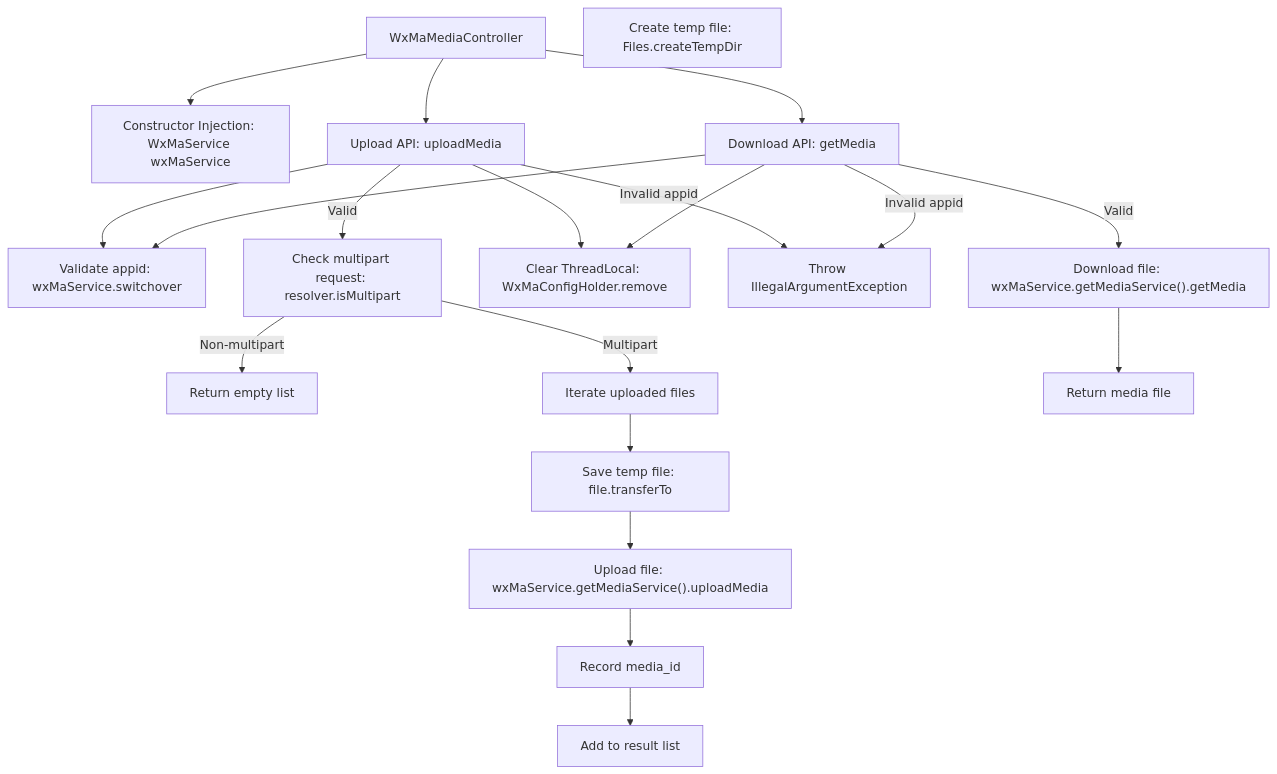
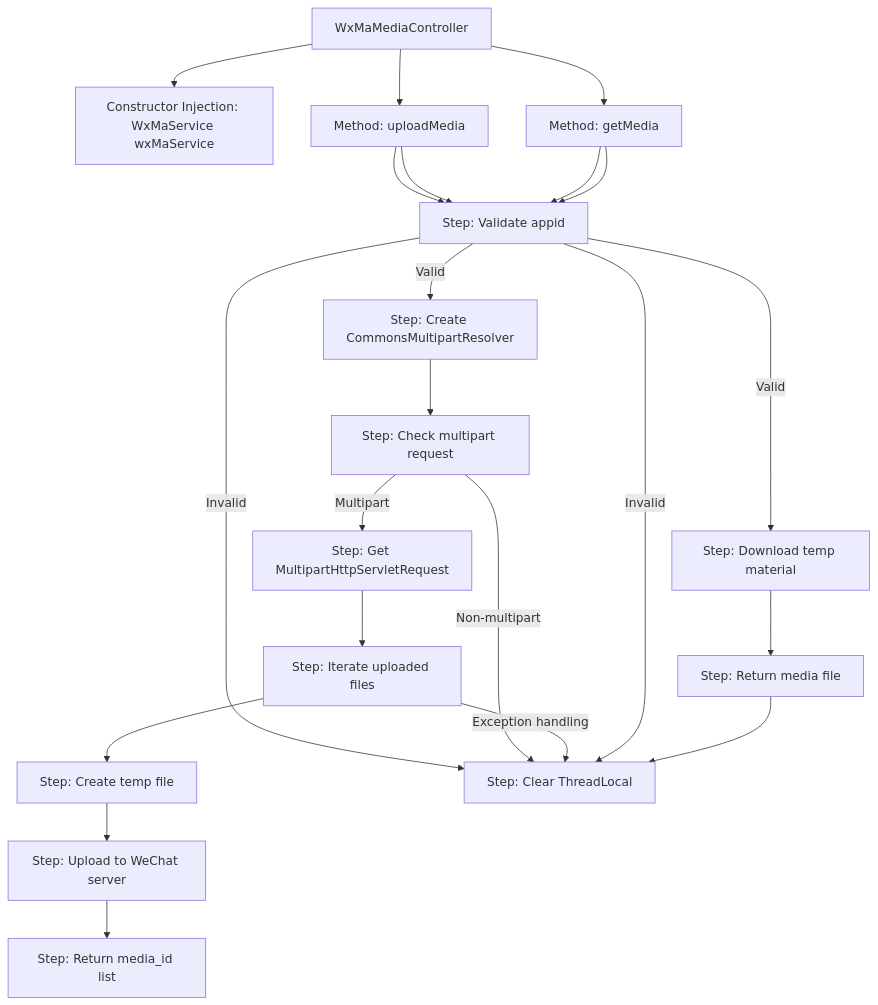
The second of 3 diagrams in docs/en/docs/src/main/java/com/github/binarywang/demo/wx/miniapp/controller/WxMaMediaController.md (v-wjrong/rongwj666_weixin-java-miniapp-demo), drawn with Mermaid before and after one commit. The commit also changed other lines of this file and 47 other files, not shown here.

````diff
--- a/docs/en/docs/src/main/java/com/github/binarywang/demo/wx/miniapp/controller/WxMaMediaController.md
+++ b/docs/en/docs/src/main/java/com/github/binarywang/demo/wx/miniapp/controller/WxMaMediaController.md
@@ -81,30 +95,28 @@
 ```mermaid
 graph TD
     A["WxMaMediaController"]
     B["Constructor Injection: WxMaService wxMaService"]
-    C["Upload API: uploadMedia"]
-    D["Download API: getMedia"]
-    E["Validate appid: wxMaService.switchover"]
-    F["Create temp file: Files.createTempDir"]
-    G["Upload file: wxMaService.getMediaService().uploadMedia"]
-    H["Download file: wxMaService.getMediaService().getMedia"]
-    I["Clear ThreadLocal: WxMaConfigHolder.remove"]
+    C["Method: uploadMedia"]
+    D["Method: getMedia"]
+    E["Step: Validate appid"]
+    F["Step: Create CommonsMultipartResolver"]
+    G["Step: Check multipart request"]
+    H["Step: Get MultipartHttpServletRequest"]
+    I["Step: Iterate uploaded files"]
+    J["Step: Create temp file"]
+    K["Step: Upload to WeChat server"]
+    L["Step: Clear ThreadLocal"]
+    M["Step: Return media_id list"]
+    N["Step: Download temp material"]
+    O["Step: Return media file"]
 
     A --> B
     A --> C
     A --> D
-    C --> E
-    C -->|Invalid appid| J["Throw IllegalArgumentException"]
-    C -->|Valid| K["Check multipart request: resolver.isMultipart"]
-    K -->|Non-multipart| L["Return empty list"]
-    K -->|Multipart| M["Iterate uploaded files"]
-    M --> N["Save temp file: file.transferTo"]
-    N --> G
-    G --> O["Record media_id"]
-    O --> P["Add to result list"]
-    D --> E
-    D -->|Invalid appid| J
-    D -->|Valid| H
-    H --> Q["Return media file"]
-    C & D --> I
+    C --> E -->|Invalid| L
+    C --> E -->|Valid| F --> G -->|Non-multipart| L
+    G -->|Multipart| H --> I --> J --> K --> M
+    I -->|Exception handling| L
+    D --> E -->|Invalid| L
+    D --> E -->|Valid| N --> O --> L
 ```
````
